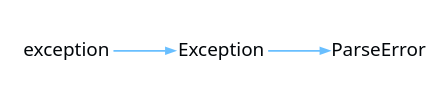
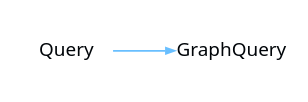
Before and after one commit to CharlesCarley/MdDox: the diagram in Current/images/internal-diagram-24.dot, drawn with Graphviz. The commit also changed 834 other files, not shown here.

```diff
--- a/Current/images/internal-diagram-24.dot
+++ b/Current/images/internal-diagram-24.dot
@@ -1,35 +1,26 @@
 digraph {
  rankdir = "LR"
  bgcolor = none;
  layout  = dot;
  edge [
    arrowsize = "0.5"
    color     = "#69BFFFFF"
  ]
- d05ubES[
+ dtt8MA2[
    shape    = none
-   label    = "exception"
+   label    = "Query"
    margin   = "0.01"
    fontname = "Segoe UI"
    fontsize = "11"
    fontcolor= "#010509FF"
  ]
- dnYubES[
+ WZZ8MA2[
    shape    = none
-   label    = "Exception"
+   label    = "GraphQuery"
    margin   = "0.01"
    fontname = "Segoe UI"
    fontsize = "11"
    fontcolor= "#010509FF"
  ]
- Wc5ubES[
-   shape    = none
-   label    = "ParseError"
-   margin   = "0.01"
-   fontname = "Segoe UI"
-   fontsize = "11"
-   fontcolor= "#010509FF"
- ]
- dnYubES->Wc5ubES
- d05ubES->dnYubES
+ dtt8MA2->WZZ8MA2
 }
```
